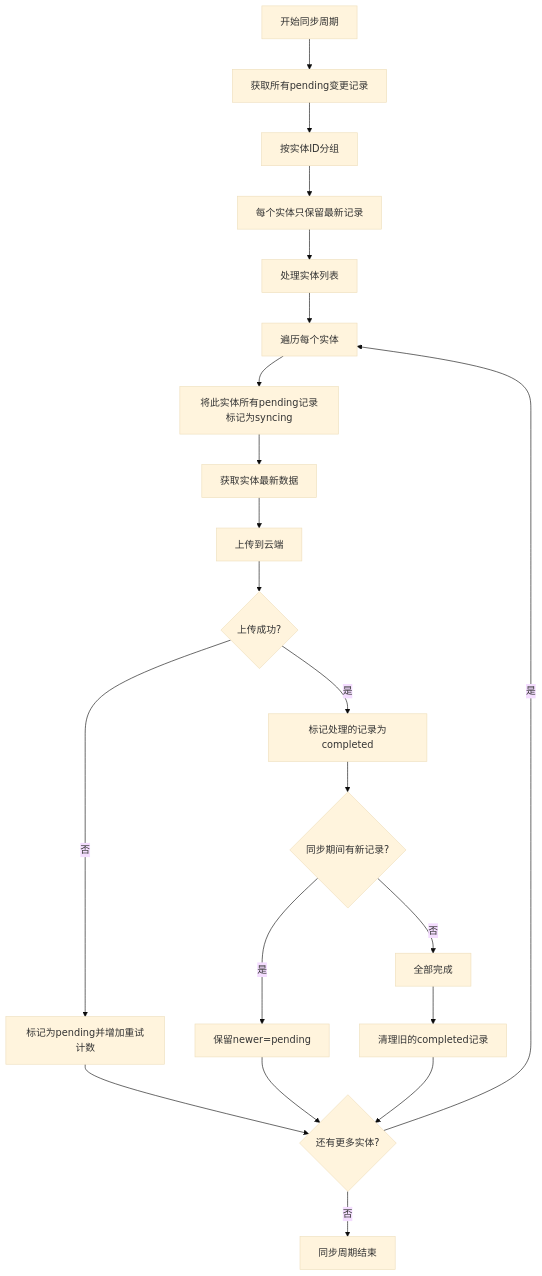
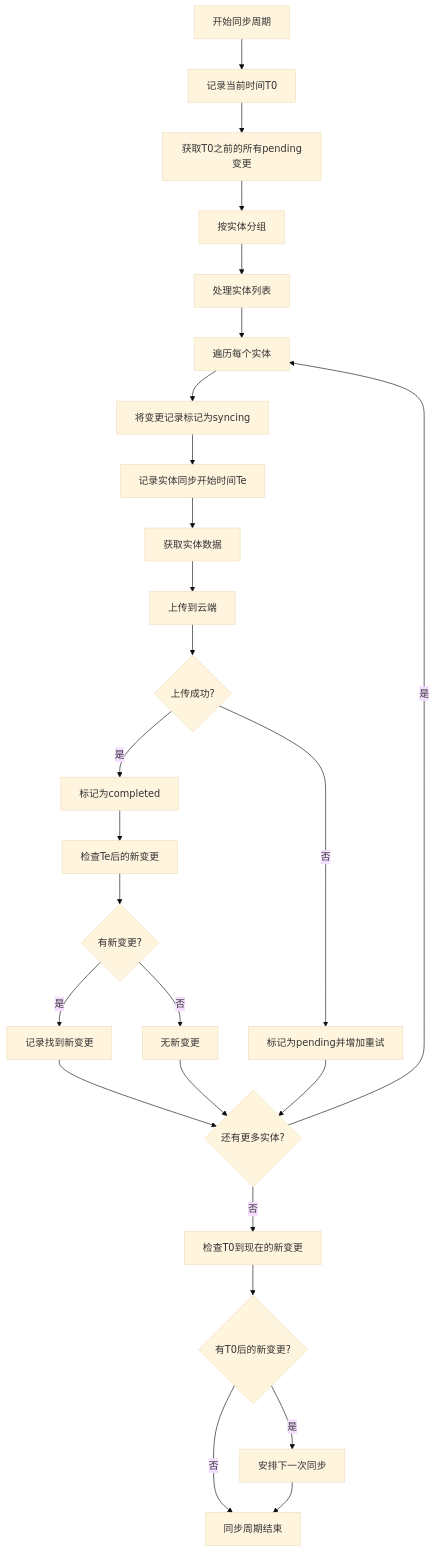
The diagram in all/未命名-40.md (yingjianzh/iodraw-files), drawn with Mermaid (base theme) before and after one commit.

Commit message:
2025-04-23 17:31:23 update

````diff
--- a/all/未命名-40.md
+++ b/all/未命名-40.md
@@ -1,30 +1,36 @@
 ```mermaid
 flowchart TD
-    Start[开始同步周期] --> FetchChanges[获取所有pending变更记录]
-    FetchChanges --> GroupByEntity[按实体ID分组]
-    GroupByEntity --> FilterLatest[每个实体只保留最新记录]
+    Start[开始同步周期] --> RecordTime[记录当前时间T0]
+    RecordTime --> FetchChanges[获取T0之前的所有pending变更]
+    FetchChanges --> GroupByEntity[按实体分组]
     
-    FilterLatest --> ProcessEntities[处理实体列表]
+    GroupByEntity --> ProcessEntities[处理实体列表]
     ProcessEntities --> ForEachEntity[遍历每个实体]
     
-    ForEachEntity --> MarkSyncing[将此实体所有pending记录标记为syncing]
-    MarkSyncing --> GetEntityData[获取实体最新数据]
+    ForEachEntity --> MarkSyncing[将变更记录标记为syncing]
+    MarkSyncing --> RecordEntityTime[记录实体同步开始时间Te]
+    RecordEntityTime --> GetEntityData[获取实体数据]
     GetEntityData --> UploadToCloud[上传到云端]
     
     UploadToCloud --> Success{上传成功?}
-    Success -- 否 --> MarkFailed[标记为pending并增加重试计数]
-    Success -- 是 --> MarkCompleted[标记处理的记录为completed]
+    Success -- 否 --> MarkFailed[标记为pending并增加重试]
+    Success -- 是 --> MarkCompleted[标记为completed]
     
-    MarkCompleted --> CheckNew{同步期间有新记录?}
-    CheckNew -- 是 --> KeepNewer[保留newer=pending]
-    CheckNew -- 否 --> NoNewRecords[全部完成]
+    MarkCompleted --> CheckNewChanges[检查Te后的新变更]
+    CheckNewChanges --> HasNewChanges{有新变更?}
     
-    KeepNewer --> NextEntity{还有更多实体?}
-    NoNewRecords --> CleanupOld[清理旧的completed记录]
+    HasNewChanges -- 是 --> LogNewChanges[记录找到新变更]
+    HasNewChanges -- 否 --> NoNewChanges[无新变更]
+    
+    LogNewChanges --> NextEntity{还有更多实体?}
+    NoNewChanges --> NextEntity
     
     MarkFailed --> NextEntity
-    CleanupOld --> NextEntity
+    NextEntity -- 是 --> ForEachEntity
+    NextEntity -- 否 --> CheckT0ToNow[检查T0到现在的新变更]
     
-    NextEntity -- 是 --> ForEachEntity
-    NextEntity -- 否 --> End[同步周期结束]
+    CheckT0ToNow --> FinalCheck{有T0后的新变更?}
+    FinalCheck -- 是 --> ScheduleNextSync[安排下一次同步]
+    FinalCheck -- 否 --> End[同步周期结束]
+    ScheduleNextSync --> End
 ```
````
